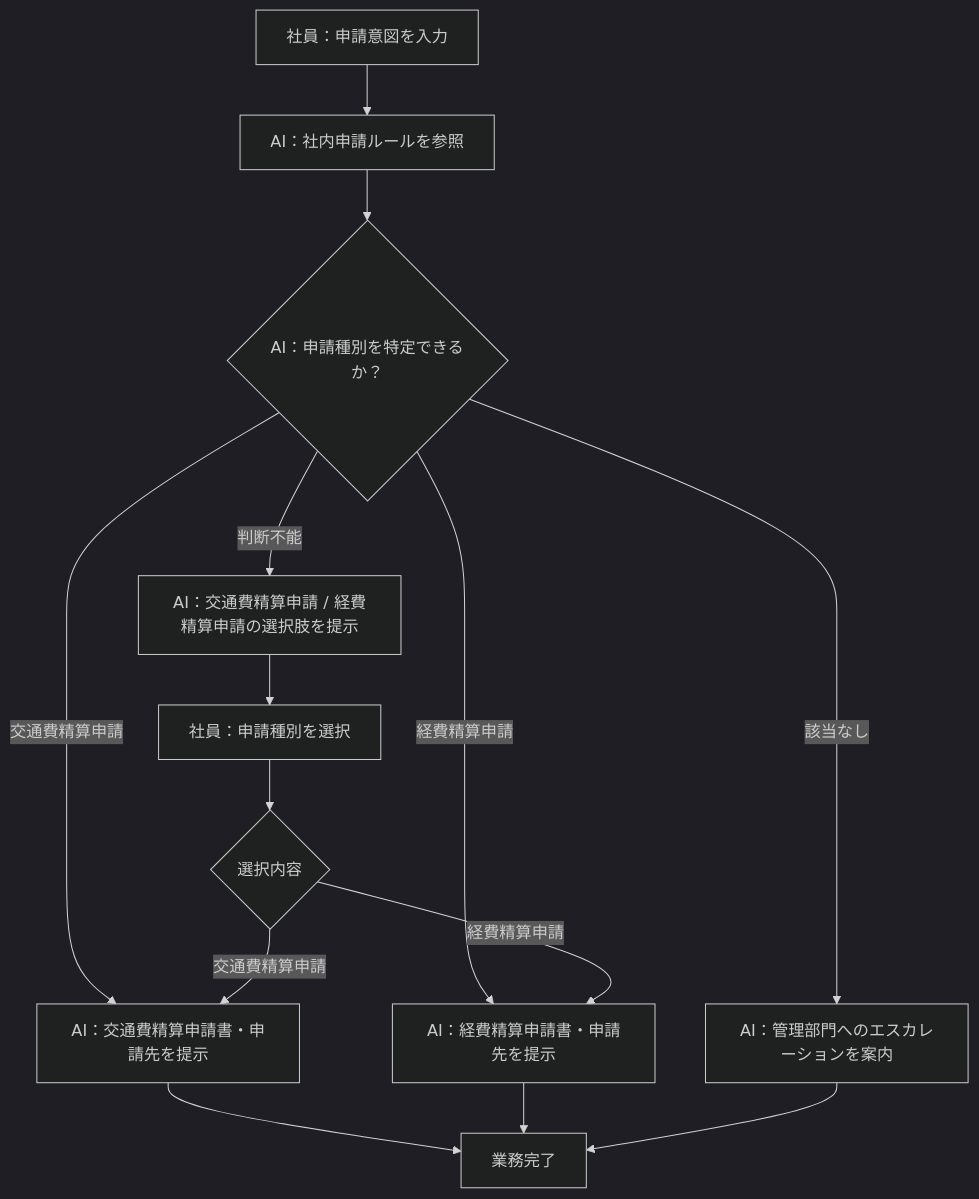
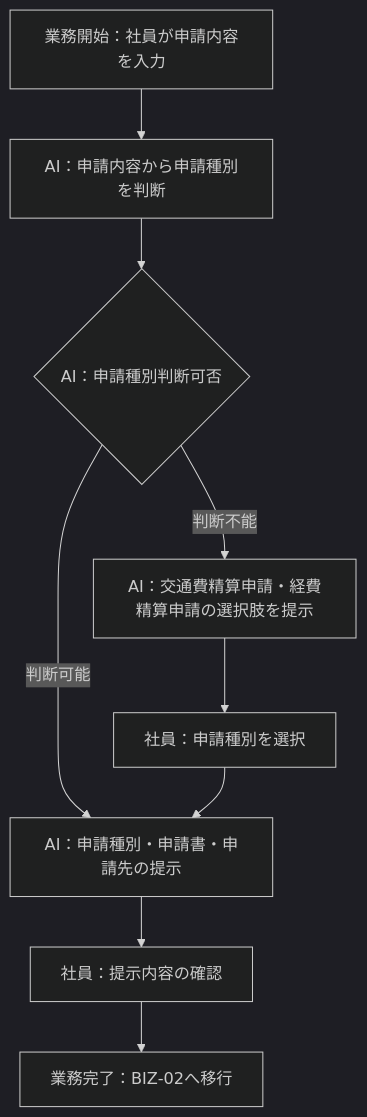
One commit to horii003/AIAgentBookCC changed the first of 3 diagrams in artifacts/01_business-requirements/outputs/業務プロセス定義.md. Above: the diagram before and after it, drawn with Mermaid (dark theme). The commit also changed other lines of this file and 337 other files, not shown here.

````diff
--- a/artifacts/01_business-requirements/outputs/業務プロセス定義.md
+++ b/artifacts/01_business-requirements/outputs/業務プロセス定義.md
@@ -27,16 +21,11 @@
 ```mermaid
 flowchart TD
-    A[社員：申請意図を入力] --> B[AI：社内申請ルールを参照]
-    B --> C{AI：申請種別を特定できるか？}
-    C -->|交通費精算申請| D[AI：交通費精算申請書・申請先を提示]
-    C -->|経費精算申請| E[AI：経費精算申請書・申請先を提示]
-    C -->|判断不能| F[AI：交通費精算申請 / 経費精算申請の選択肢を提示]
-    F --> G[社員：申請種別を選択]
-    G --> H{選択内容}
-    H -->|交通費精算申請| D
-    H -->|経費精算申請| E
-    C -->|該当なし| I[AI：管理部門へのエスカレーションを案内]
-    D --> J[業務完了]
-    E --> J
-    I --> J
+    A[業務開始：社員が申請内容を入力] --> B[AI：申請内容から申請種別を判断]
+    B --> C{AI：申請種別判断可否}
+    C -->|判断可能| D[AI：申請種別・申請書・申請先の提示]
+    C -->|判断不能| E[AI：交通費精算申請・経費精算申請の選択肢を提示]
+    E --> F2[社員：申請種別を選択]
+    F2 --> D
+    D --> H[社員：提示内容の確認]
+    H --> I[業務完了：BIZ-02へ移行]
 ```
````
